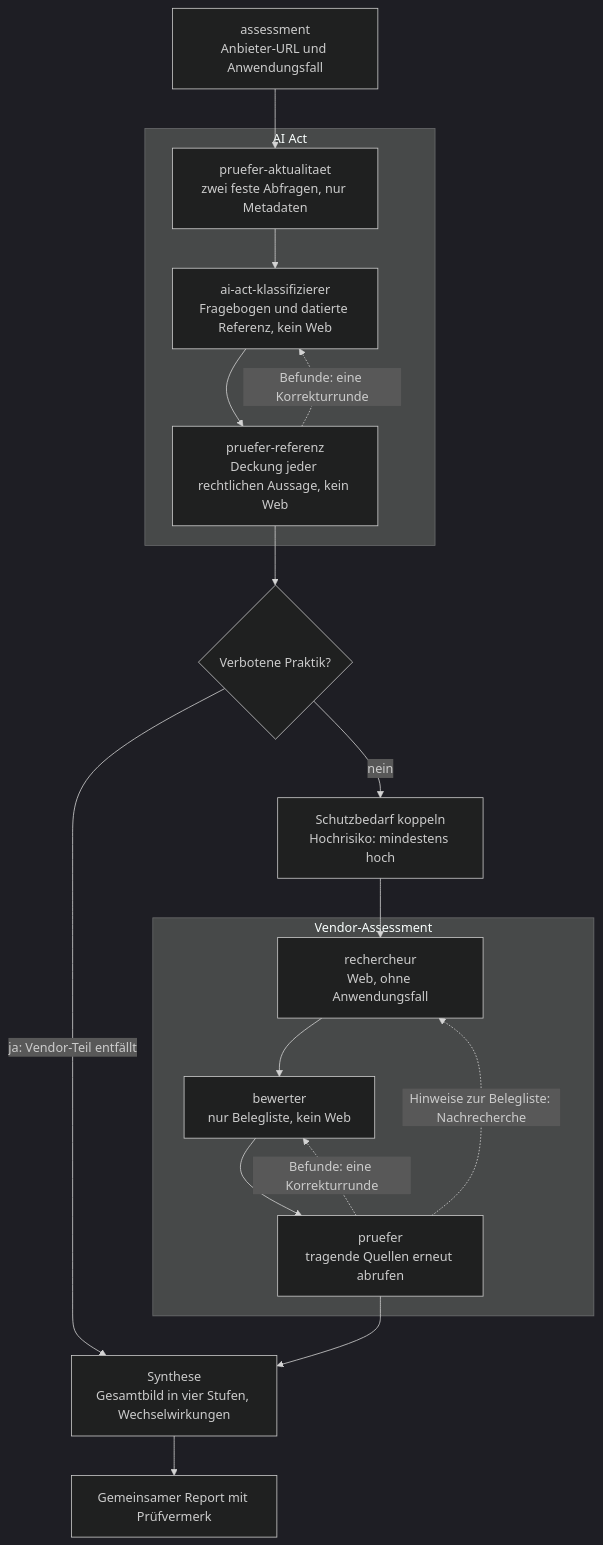
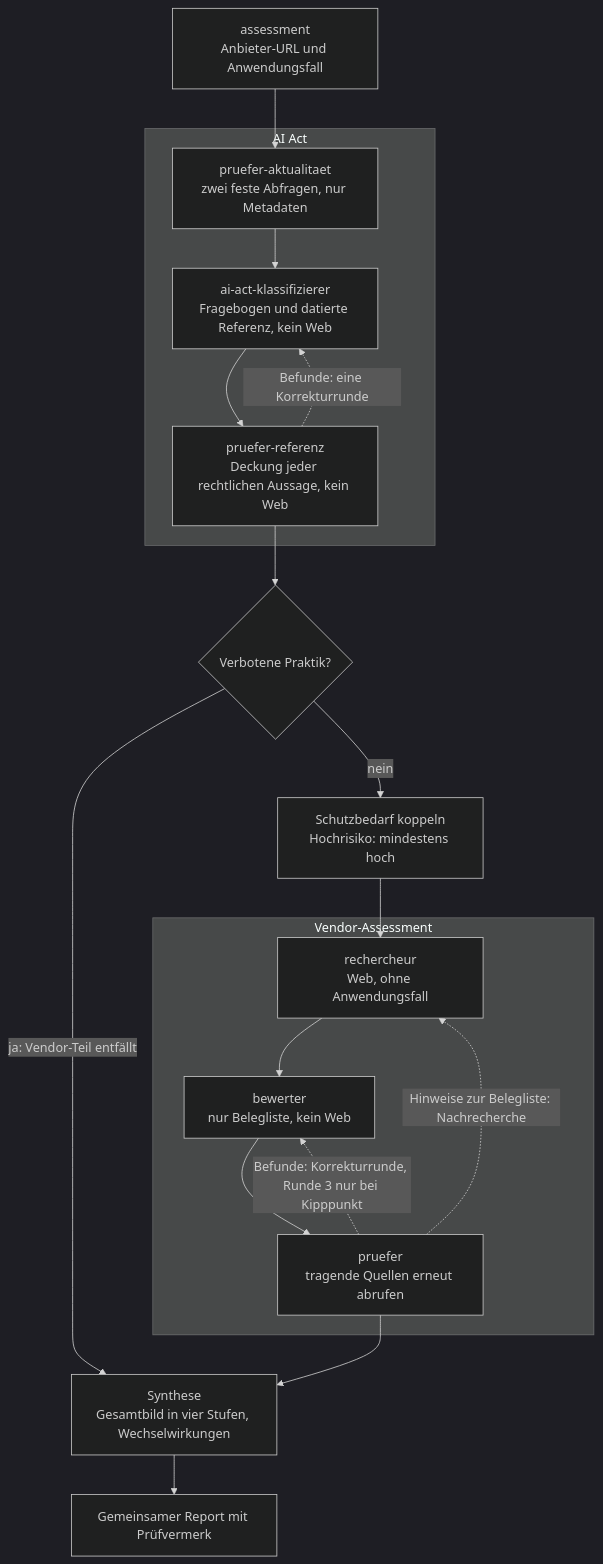
The diagram in README.md (m4tkm7g56f-collab/misterknista), drawn with Mermaid (dark theme) before and after one commit. The commit also changed other lines of this file and 9 other files, not shown here.

````diff
--- a/README.md
+++ b/README.md
@@ -132,25 +132,25 @@
 ```mermaid
 flowchart TD
     E["assessment<br/>Anbieter-URL und Anwendungsfall"] --> A
 
     subgraph AI["AI Act"]
         A["pruefer-aktualitaet<br/>zwei feste Abfragen, nur Metadaten"] --> K
         K["ai-act-klassifizierer<br/>Fragebogen und datierte Referenz, kein Web"] --> PR["pruefer-referenz<br/>Deckung jeder rechtlichen Aussage, kein Web"]
         PR -. "Befunde: eine Korrekturrunde" .-> K
     end
 
     PR --> V{"Verbotene Praktik?"}
     V -- "ja: Vendor-Teil entfällt" --> S
     V -- nein --> SB["Schutzbedarf koppeln<br/>Hochrisiko: mindestens hoch"]
     SB --> R
 
     subgraph VA["Vendor-Assessment"]
         R["rechercheur<br/>Web, ohne Anwendungsfall"] --> B["bewerter<br/>nur Belegliste, kein Web"]
         B --> P["pruefer<br/>tragende Quellen erneut abrufen"]
         P -. "Hinweise zur Belegliste: Nachrecherche" .-> R
-        P -. "Befunde: eine Korrekturrunde" .-> B
+        P -. "Befunde: Korrekturrunde, Runde 3 nur bei Kipppunkt" .-> B
     end
 
     P --> S["Synthese<br/>Gesamtbild in vier Stufen, Wechselwirkungen"]
     S --> REP["Gemeinsamer Report mit Prüfvermerk"]
 ```
````
